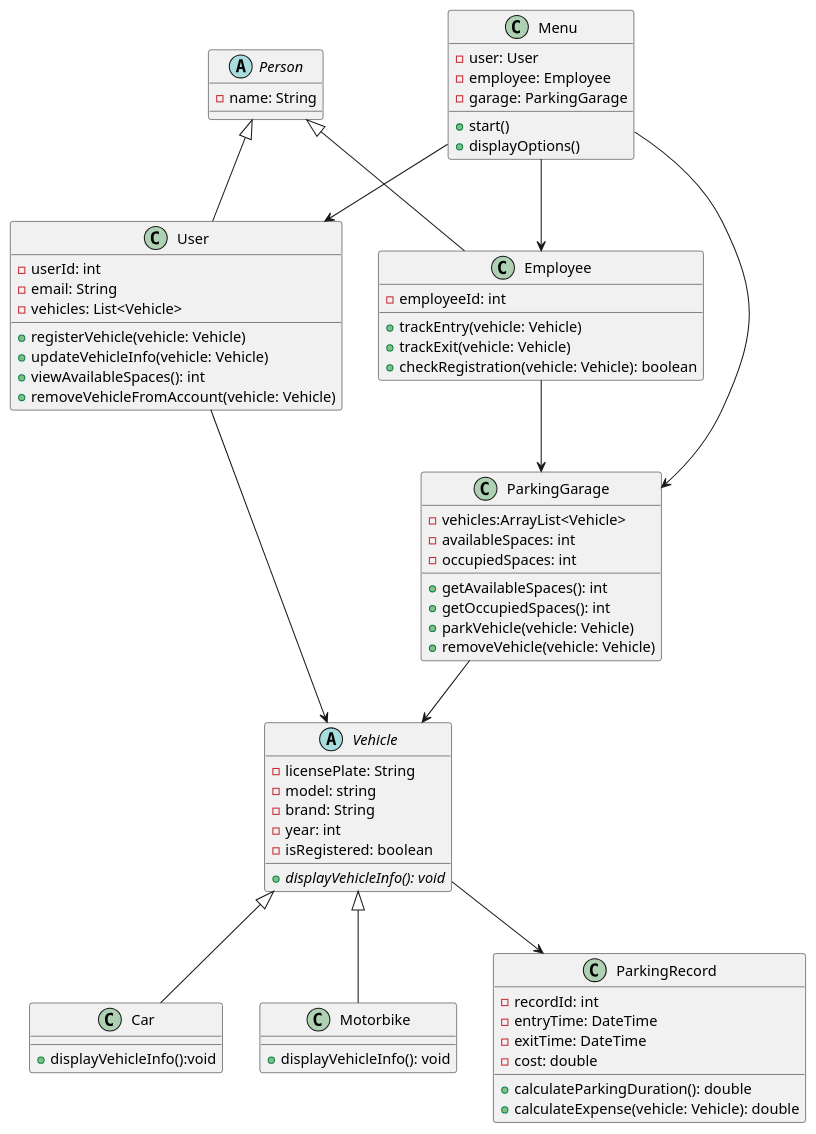
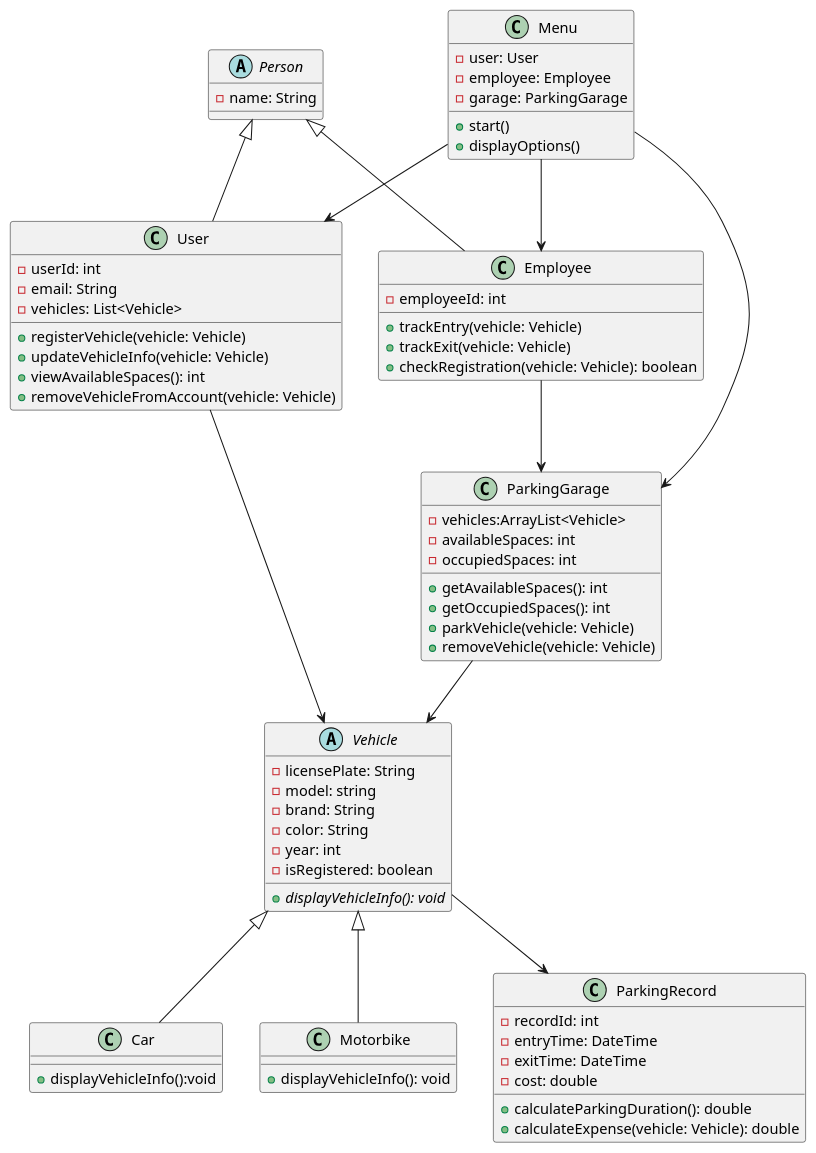
Before and after one commit to Bferg2002/Parking-Garage-Management-System: the diagram in diagram.puml, drawn with PlantUML. The commit also changed 1 other file, not shown here.

```diff
--- a/diagram.puml
+++ b/diagram.puml
@@ -1,84 +1,85 @@
 @startuml
 abstract class Person {
   - name: String
 }
 
 class Menu {
   - user: User
   - employee: Employee
   - garage: ParkingGarage
   + start()
   + displayOptions()
 }
 
 class User {
   - userId: int
   - email: String
   - vehicles: List<Vehicle>
   + registerVehicle(vehicle: Vehicle)
   + updateVehicleInfo(vehicle: Vehicle)
   + viewAvailableSpaces(): int
   + removeVehicleFromAccount(vehicle: Vehicle)
 }
 
 class Employee {
   - employeeId: int
   + trackEntry(vehicle: Vehicle)
   + trackExit(vehicle: Vehicle)
   + checkRegistration(vehicle: Vehicle): boolean
 }
 
 abstract class Vehicle {
   - licensePlate: String
   - model: string
   - brand: String
+  - color: String
   - year: int
   - isRegistered: boolean
   + displayVehicleInfo(): void {abstract}
 }
 
 class Car extends Vehicle{
     + displayVehicleInfo():void
 }
 
 class Motorbike extends Vehicle{
     + displayVehicleInfo(): void
 }
 
 
 class ParkingGarage {
   - vehicles:ArrayList<Vehicle>
   - availableSpaces: int
   - occupiedSpaces: int
   + getAvailableSpaces(): int
   + getOccupiedSpaces(): int
   + parkVehicle(vehicle: Vehicle)
   + removeVehicle(vehicle: Vehicle)
 }
 
 class ParkingRecord {
   - recordId: int
   - entryTime: DateTime
   - exitTime: DateTime
   - cost: double
   + calculateParkingDuration(): double
   + calculateExpense(vehicle: Vehicle): double
 
 }
 
 ' Inheritance
 Person <|-- User
 Person <|-- Employee
 
 ' main.java.MainMenu.Menu connects to the three active actors
 Menu --> User
 Menu --> Employee
 Menu --> ParkingGarage
 
 ' Original relationships
 User --> Vehicle
 Employee --> ParkingGarage
 ParkingGarage --> Vehicle
 Vehicle --> ParkingRecord
 
 @enduml
```
